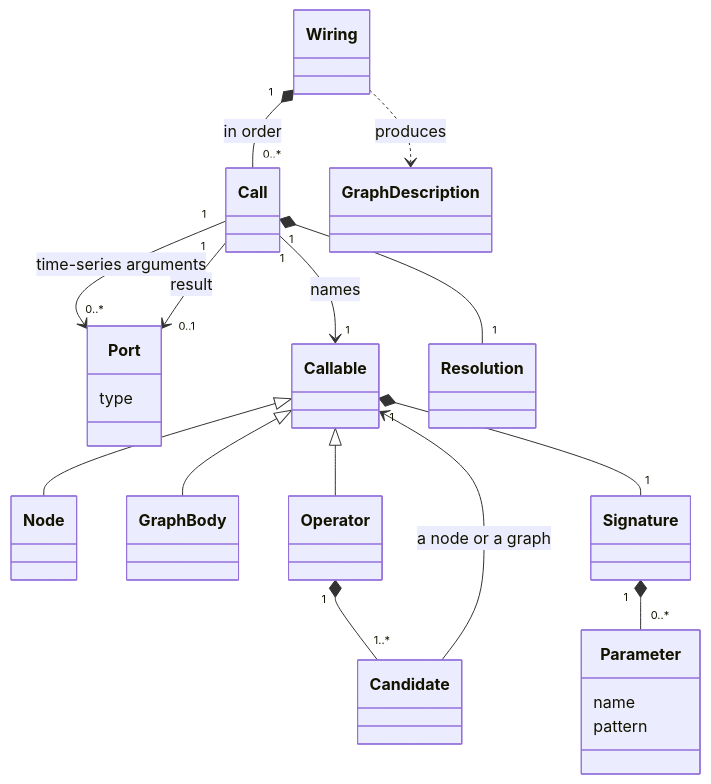
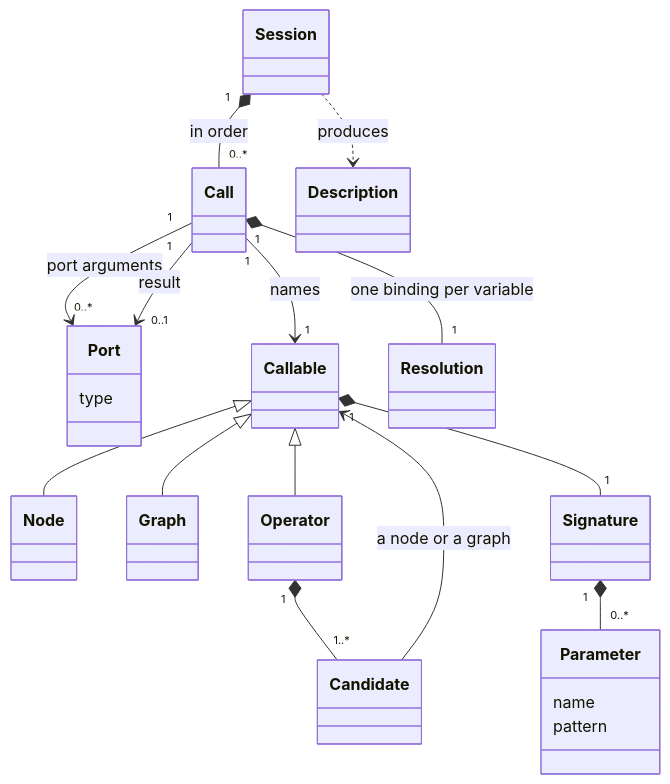
Before and after one commit to hhenson/hgraph_spec: the first of 5 diagrams in wiring/wiring.md, drawn with Mermaid. The commit also changed other lines of this file and 10 other files, not shown here.

````diff
--- a/wiring/wiring.md
+++ b/wiring/wiring.md
@@ -75,35 +91,35 @@
 ```mermaid
 classDiagram
     direction TB
-    class Wiring
+    class Session
     class Call
     class Port {
         type
     }
     class Callable
     class Node
-    class GraphBody
+    class Graph
     class Operator
     class Candidate
     class Signature
     class Parameter {
         name
         pattern
     }
     class Resolution
-    class GraphDescription
+    class Description
 
-    Wiring "1" *-- "0..*" Call : in order
+    Session "1" *-- "0..*" Call : in order
     Call "1" --> "1" Callable : names
     Callable <|-- Node
-    Callable <|-- GraphBody
+    Callable <|-- Graph
     Callable <|-- Operator
     Operator "1" *-- "1..*" Candidate
     Candidate --> Callable : a node or a graph
     Callable "1" *-- "1" Signature
     Signature "1" *-- "0..*" Parameter
-    Call "1" --> "0..*" Port : time-series arguments
+    Call "1" --> "0..*" Port : port arguments
     Call "1" --> "0..1" Port : result
-    Call "1" *-- "1" Resolution
-    Wiring ..> GraphDescription : produces
+    Call "1" *-- "1" Resolution : one binding per variable
+    Session ..> Description : produces
 ```
````
